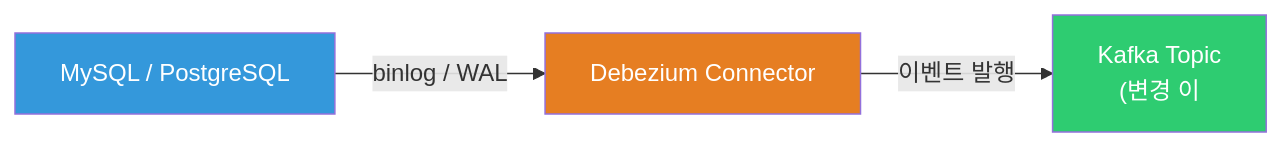
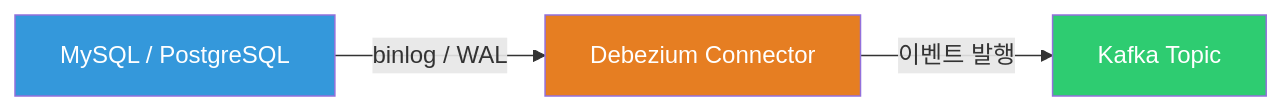
Before and after one commit to yjkim2015/yjkim2015.github.io: the third of 6 diagrams in _posts/kafka/2026-05-01-kafka-outbox-cdc.md, drawn with Mermaid. The commit also changed 217 other files, not shown here.

First line of the commit message:
Mermaid 크기 수정: useMaxWidth:true + SVG max-width:100% + 라벨 축소

````diff
--- a/_posts/kafka/2026-05-01-kafka-outbox-cdc.md
+++ b/_posts/kafka/2026-05-01-kafka-outbox-cdc.md
@@ -162,11 +162,11 @@
 ```mermaid
 flowchart LR
     DB["MySQL / PostgreSQL"]
     DEB["Debezium Connector"]
-    KAFKA["Kafka Topic\n(변경 이"]
+    KAFKA["Kafka Topic"]
     DB -->|"binlog / WAL"| DEB
     DEB -->|"이벤트 발행"| KAFKA
     style DB fill:#3498db,color:#fff
     style DEB fill:#e67e22,color:#fff
     style KAFKA fill:#2ecc71,color:#fff
 ```
````
